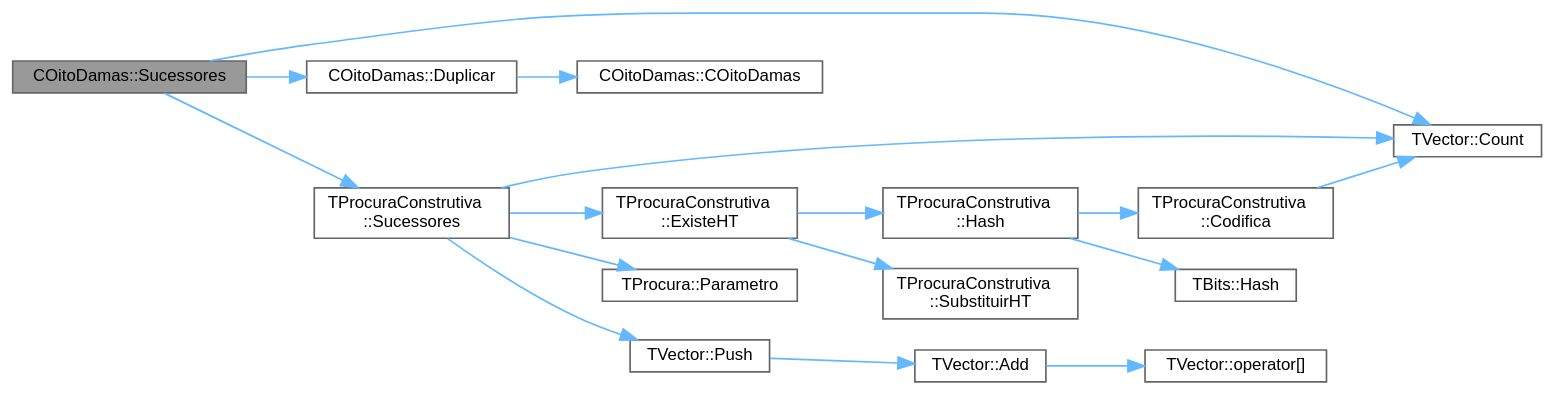
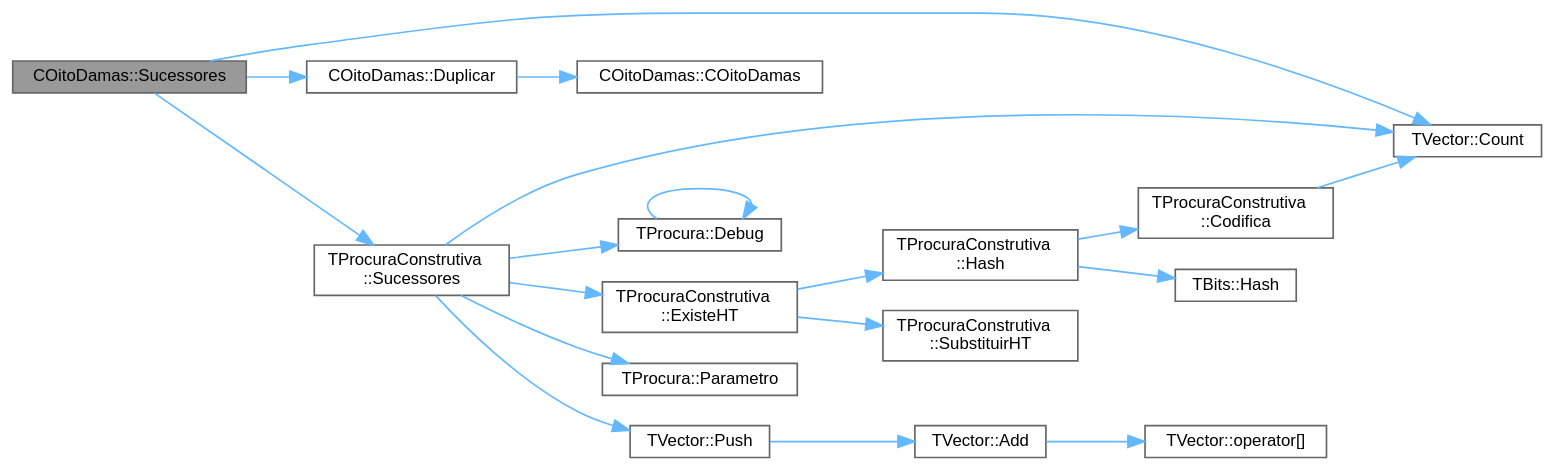
The diagram in classCOitoDamas_ab384df7572c5a6e34ffe28b346aaf517_cgraph.dot (jcoelho72/TProcura), drawn with Graphviz before and after one commit. The commit also changed 125 other files, not shown here.

```diff
--- a/classCOitoDamas_ab384df7572c5a6e34ffe28b346aaf517_cgraph.dot
+++ b/classCOitoDamas_ab384df7572c5a6e34ffe28b346aaf517_cgraph.dot
@@ -1,37 +1,40 @@
 digraph "COitoDamas::Sucessores"
 {
  // LATEX_PDF_SIZE
   bgcolor="transparent";
   edge [fontname=Helvetica,fontsize=10,labelfontname=Helvetica,labelfontsize=10];
   node [fontname=Helvetica,fontsize=10,shape=box,height=0.2,width=0.4];
   rankdir="LR";
   Node1 [id="Node000001",label="COitoDamas::Sucessores",height=0.2,width=0.4,color="gray40", fillcolor="grey60", style="filled", fontcolor="black",tooltip="Coloca em sucessores a lista de estados sucessores."];
   Node1 -> Node2 [id="edge1_Node000001_Node000002",color="steelblue1",style="solid",tooltip=" "];
   Node2 [id="Node000002",label="TVector::Count",height=0.2,width=0.4,color="grey40", fillcolor="white", style="filled",URL="$classTVector.html#ac3c744d84543ca6e32859eb7dfccfeef",tooltip=" "];
   Node1 -> Node3 [id="edge2_Node000001_Node000003",color="steelblue1",style="solid",tooltip=" "];
   Node3 [id="Node000003",label="COitoDamas::Duplicar",height=0.2,width=0.4,color="grey40", fillcolor="white", style="filled",URL="$classCOitoDamas.html#ad9ce9bd26af98392515937e9aff10e5a",tooltip="Cria um objeto que é uma cópia deste."];
   Node3 -> Node4 [id="edge3_Node000003_Node000004",color="steelblue1",style="solid",tooltip=" "];
   Node4 [id="Node000004",label="COitoDamas::COitoDamas",height=0.2,width=0.4,color="grey40", fillcolor="white", style="filled",URL="$classCOitoDamas.html#aedfd3924d0c950ba73a6342dda5cc467",tooltip=" "];
   Node1 -> Node5 [id="edge4_Node000001_Node000005",color="steelblue1",style="solid",tooltip=" "];
   Node5 [id="Node000005",label="TProcuraConstrutiva\l::Sucessores",height=0.2,width=0.4,color="grey40", fillcolor="white", style="filled",URL="$group__RedefinicaoMandatoria.html#ga0a13570d2f5a21296e3c10c2780e170c",tooltip="Coloca em sucessores a lista de estados sucessores."];
   Node5 -> Node2 [id="edge5_Node000005_Node000002",color="steelblue1",style="solid",tooltip=" "];
   Node5 -> Node6 [id="edge6_Node000005_Node000006",color="steelblue1",style="solid",tooltip=" "];
-  Node6 [id="Node000006",label="TProcuraConstrutiva\l::ExisteHT",height=0.2,width=0.4,color="grey40", fillcolor="white", style="filled",URL="$classTProcuraConstrutiva.html#ad7857beab462b4b09a37e70cc9c787ac",tooltip=" "];
-  Node6 -> Node7 [id="edge7_Node000006_Node000007",color="steelblue1",style="solid",tooltip=" "];
-  Node7 [id="Node000007",label="TProcuraConstrutiva\l::Hash",height=0.2,width=0.4,color="grey40", fillcolor="white", style="filled",URL="$classTProcuraConstrutiva.html#a70375188a6ee7775bc842a3e64f8e35c",tooltip=" "];
-  Node7 -> Node8 [id="edge8_Node000007_Node000008",color="steelblue1",style="solid",tooltip=" "];
-  Node8 [id="Node000008",label="TProcuraConstrutiva\l::Codifica",height=0.2,width=0.4,color="grey40", fillcolor="white", style="filled",URL="$group__RedefinicaoSugerida.html#ga3b3873fa9df6753fd408a8e11e932f9f",tooltip="Codifica o estado para um vetor de inteiros de 64 bits."];
-  Node8 -> Node2 [id="edge9_Node000008_Node000002",color="steelblue1",style="solid",tooltip=" "];
-  Node7 -> Node9 [id="edge10_Node000007_Node000009",color="steelblue1",style="solid",tooltip=" "];
-  Node9 [id="Node000009",label="TBits::Hash",height=0.2,width=0.4,color="grey40", fillcolor="white", style="filled",URL="$classTBits.html#ae982ae13568bb4c4f3b61cc104761a3e",tooltip=" "];
-  Node6 -> Node10 [id="edge11_Node000006_Node000010",color="steelblue1",style="solid",tooltip=" "];
-  Node10 [id="Node000010",label="TProcuraConstrutiva\l::SubstituirHT",height=0.2,width=0.4,color="grey40", fillcolor="white", style="filled",URL="$classTProcuraConstrutiva.html#a99b7a74f16f5a1b63b12bf629b902057",tooltip=" "];
-  Node5 -> Node11 [id="edge12_Node000005_Node000011",color="steelblue1",style="solid",tooltip=" "];
-  Node11 [id="Node000011",label="TProcura::Parametro",height=0.2,width=0.4,color="grey40", fillcolor="white", style="filled",URL="$classTProcura.html#a0e9e692f29af8a5d5279a8647c800437",tooltip=" "];
-  Node5 -> Node12 [id="edge13_Node000005_Node000012",color="steelblue1",style="solid",tooltip=" "];
-  Node12 [id="Node000012",label="TVector::Push",height=0.2,width=0.4,color="grey40", fillcolor="white", style="filled",URL="$classTVector.html#afd25458f77157e6e8aa4ba0e6be3fb64",tooltip=" "];
-  Node12 -> Node13 [id="edge14_Node000012_Node000013",color="steelblue1",style="solid",tooltip=" "];
-  Node13 [id="Node000013",label="TVector::Add",height=0.2,width=0.4,color="grey40", fillcolor="white", style="filled",URL="$classTVector.html#aa28afdd47b27c5e004fc75b86d6f66a6",tooltip=" "];
-  Node13 -> Node14 [id="edge15_Node000013_Node000014",color="steelblue1",style="solid",tooltip=" "];
-  Node14 [id="Node000014",label="TVector::operator[]",height=0.2,width=0.4,color="grey40", fillcolor="white", style="filled",URL="$classTVector.html#a372a42fd7c4a94fee43db36d6a339b33",tooltip="Acesso por índice com auto-expansão."];
+  Node6 [id="Node000006",label="TProcura::Debug",height=0.2,width=0.4,color="grey40", fillcolor="white", style="filled",URL="$classTProcura.html#a0c5676c1b54ab6bdc1045b98aeafe456",tooltip="Mostra o estado no ecrã, para debug."];
+  Node6 -> Node6 [id="edge7_Node000006_Node000006",color="steelblue1",style="solid",tooltip=" "];
+  Node5 -> Node7 [id="edge8_Node000005_Node000007",color="steelblue1",style="solid",tooltip=" "];
+  Node7 [id="Node000007",label="TProcuraConstrutiva\l::ExisteHT",height=0.2,width=0.4,color="grey40", fillcolor="white", style="filled",URL="$classTProcuraConstrutiva.html#ad7857beab462b4b09a37e70cc9c787ac",tooltip=" "];
+  Node7 -> Node8 [id="edge9_Node000007_Node000008",color="steelblue1",style="solid",tooltip=" "];
+  Node8 [id="Node000008",label="TProcuraConstrutiva\l::Hash",height=0.2,width=0.4,color="grey40", fillcolor="white", style="filled",URL="$classTProcuraConstrutiva.html#a70375188a6ee7775bc842a3e64f8e35c",tooltip=" "];
+  Node8 -> Node9 [id="edge10_Node000008_Node000009",color="steelblue1",style="solid",tooltip=" "];
+  Node9 [id="Node000009",label="TProcuraConstrutiva\l::Codifica",height=0.2,width=0.4,color="grey40", fillcolor="white", style="filled",URL="$group__RedefinicaoSugerida.html#ga3b3873fa9df6753fd408a8e11e932f9f",tooltip="Codifica o estado para um vetor de inteiros de 64 bits."];
+  Node9 -> Node2 [id="edge11_Node000009_Node000002",color="steelblue1",style="solid",tooltip=" "];
+  Node8 -> Node10 [id="edge12_Node000008_Node000010",color="steelblue1",style="solid",tooltip=" "];
+  Node10 [id="Node000010",label="TBits::Hash",height=0.2,width=0.4,color="grey40", fillcolor="white", style="filled",URL="$classTBits.html#ae982ae13568bb4c4f3b61cc104761a3e",tooltip=" "];
+  Node7 -> Node11 [id="edge13_Node000007_Node000011",color="steelblue1",style="solid",tooltip=" "];
+  Node11 [id="Node000011",label="TProcuraConstrutiva\l::SubstituirHT",height=0.2,width=0.4,color="grey40", fillcolor="white", style="filled",URL="$classTProcuraConstrutiva.html#a99b7a74f16f5a1b63b12bf629b902057",tooltip=" "];
+  Node5 -> Node12 [id="edge14_Node000005_Node000012",color="steelblue1",style="solid",tooltip=" "];
+  Node12 [id="Node000012",label="TProcura::Parametro",height=0.2,width=0.4,color="grey40", fillcolor="white", style="filled",URL="$classTProcura.html#a0e9e692f29af8a5d5279a8647c800437",tooltip=" "];
+  Node5 -> Node13 [id="edge15_Node000005_Node000013",color="steelblue1",style="solid",tooltip=" "];
+  Node13 [id="Node000013",label="TVector::Push",height=0.2,width=0.4,color="grey40", fillcolor="white", style="filled",URL="$classTVector.html#afd25458f77157e6e8aa4ba0e6be3fb64",tooltip=" "];
+  Node13 -> Node14 [id="edge16_Node000013_Node000014",color="steelblue1",style="solid",tooltip=" "];
+  Node14 [id="Node000014",label="TVector::Add",height=0.2,width=0.4,color="grey40", fillcolor="white", style="filled",URL="$classTVector.html#aa28afdd47b27c5e004fc75b86d6f66a6",tooltip=" "];
+  Node14 -> Node15 [id="edge17_Node000014_Node000015",color="steelblue1",style="solid",tooltip=" "];
+  Node15 [id="Node000015",label="TVector::operator[]",height=0.2,width=0.4,color="grey40", fillcolor="white", style="filled",URL="$classTVector.html#a372a42fd7c4a94fee43db36d6a339b33",tooltip="Acesso por índice com auto-expansão."];
 }
```
